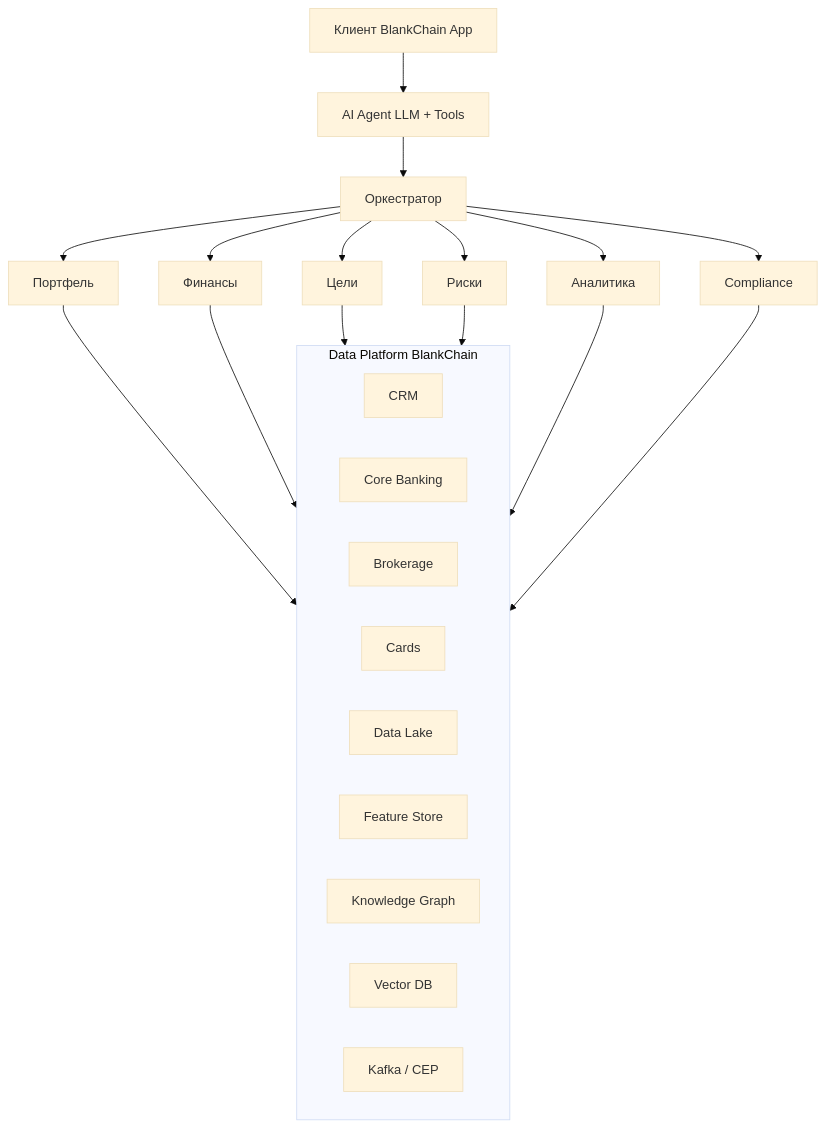
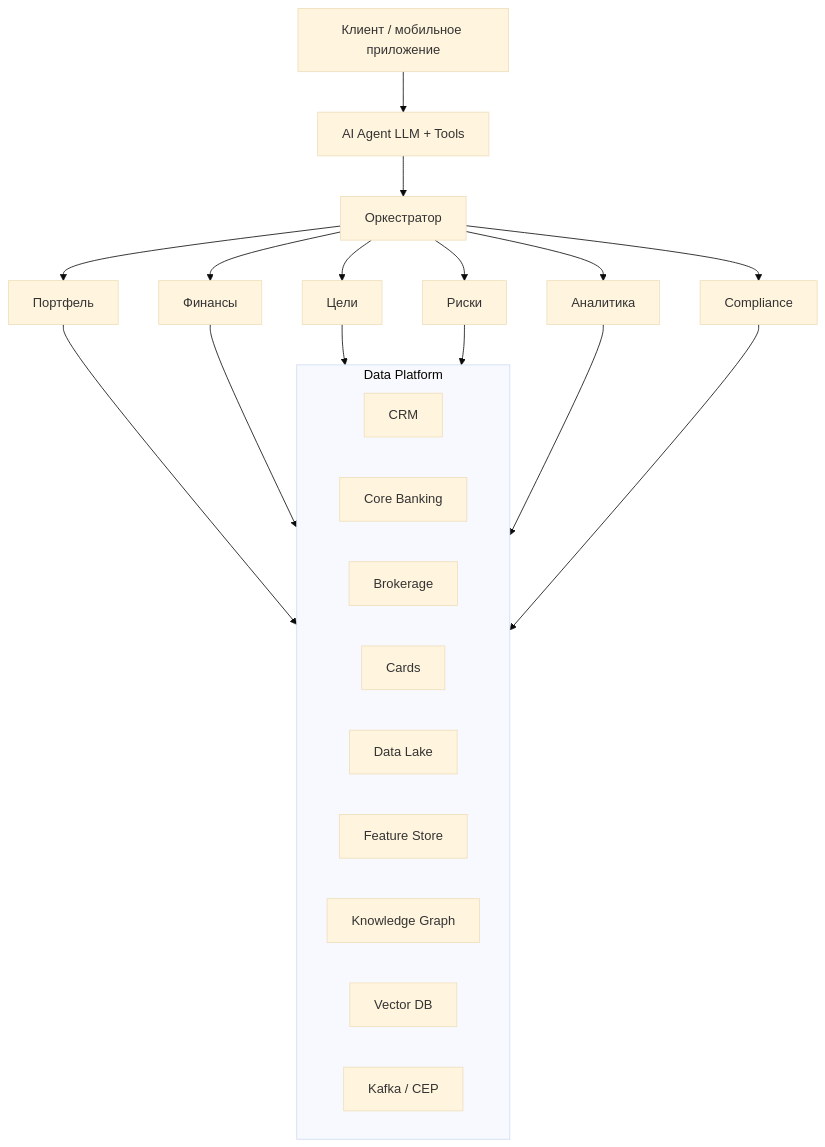
Before and after one commit to evgeniy-borisov/vairl: the first of 2 diagrams in _posts/2026-07-13-banking-investor-ai-agent-ru.md, drawn with Mermaid (base theme). The commit also changed other lines of this file and 3 other files, not shown here.

First line of the commit message:
Убрать вымышленный BlankChain из статей про банковского агента.

````diff
--- a/_posts/2026-07-13-banking-investor-ai-agent-ru.md
+++ b/_posts/2026-07-13-banking-investor-ai-agent-ru.md
@@ -170,30 +170,30 @@
 ```mermaid
 flowchart TB
-    Client["Клиент BlankChain App"]
+    Client["Клиент / мобильное приложение"]
     Agent["AI Agent LLM + Tools"]
     Orch["Оркестратор"]
 
     Portfolio["Портфель"]
     Finance["Финансы"]
     Goals["Цели"]
     Risk["Риски"]
     Analytics["Аналитика"]
     Compliance["Compliance"]
 
     Client --> Agent --> Orch
     Orch --> Portfolio & Finance & Goals & Risk & Analytics & Compliance
 
-    subgraph DataPlatform ["Data Platform BlankChain"]
+    subgraph DataPlatform ["Data Platform"]
         CRM["CRM"]
         Core["Core Banking"]
         Broker["Brokerage"]
         Cards["Cards"]
         Lake["Data Lake"]
         FS["Feature Store"]
         KG["Knowledge Graph"]
         VDB["Vector DB"]
         Kafka["Kafka / CEP"]
     end
 
     Portfolio & Finance & Goals & Risk & Analytics & Compliance --> DataPlatform
 ```
````
